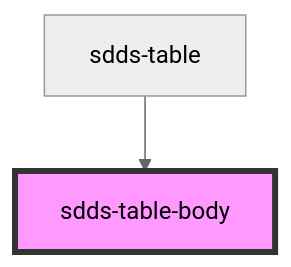
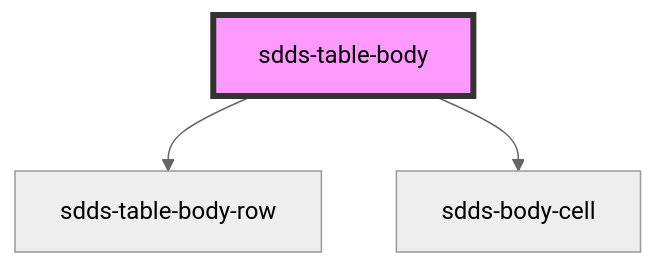
Before and after one commit to scania-digital-design-system/sdds: the diagram in components/src/components/table/table-body/readme.md, drawn with Mermaid (neutral theme). The commit also changed other lines of this file and 11 other files, not shown here.

Commit message:
fix: display selected rows on table-body component

````diff
--- a/components/src/components/table/table-body/readme.md
+++ b/components/src/components/table/table-body/readme.md
@@ -15,5 +34,6 @@
 ```mermaid
 graph TD;
-  sdds-table --> sdds-table-body
+  sdds-table-body --> sdds-table-body-row
+  sdds-table-body --> sdds-body-cell
   style sdds-table-body fill:#f9f,stroke:#333,stroke-width:4px
 ```
````
